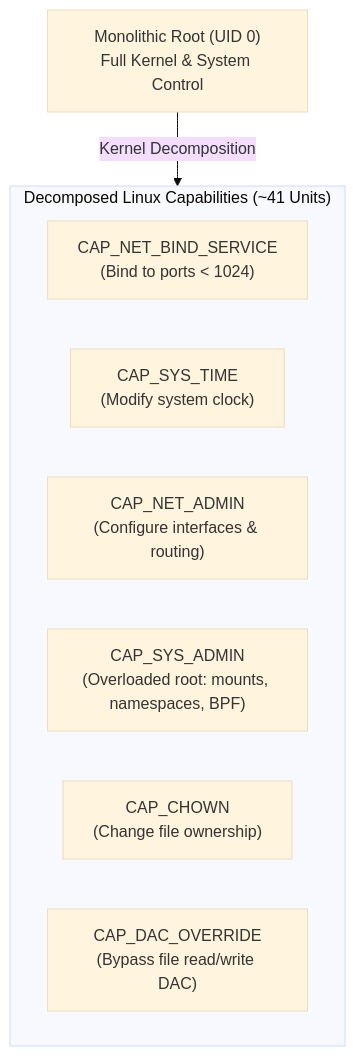
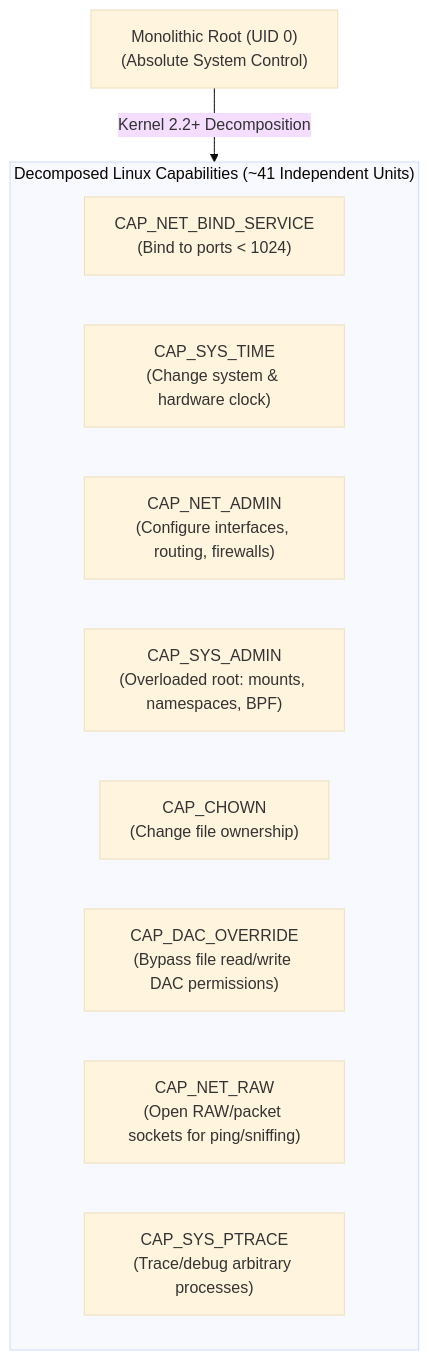
The fifth of 10 diagrams in Reference Notes/0-7-9_workload_kernel_isolation_seccomp_apparmor_and_capabilities.md (kmashour/BrainDump), drawn with Mermaid (base theme) before and after one commit. The commit also changed other lines of this file and 1 other file, not shown here.

````diff
--- a/Reference Notes/0-7-9_workload_kernel_isolation_seccomp_apparmor_and_capabilities.md
+++ b/Reference Notes/0-7-9_workload_kernel_isolation_seccomp_apparmor_and_capabilities.md
@@ -257,15 +285,17 @@
 ```mermaid
 flowchart TD
-    Root["Monolithic Root (UID 0)\nFull Kernel & System Control"]
+    MonolithicRoot["Monolithic Root (UID 0)\n(Absolute System Control)"]
     
-    subgraph DecomposedCapabilities ["Decomposed Linux Capabilities (~41 Units)"]
-        Cap1["CAP_NET_BIND_SERVICE\n(Bind to ports < 1024)"]
-        Cap2["CAP_SYS_TIME\n(Modify system clock)"]
-        Cap3["CAP_NET_ADMIN\n(Configure interfaces & routing)"]
-        Cap4["CAP_SYS_ADMIN\n(Overloaded root: mounts, namespaces, BPF)"]
-        Cap5["CAP_CHOWN\n(Change file ownership)"]
-        Cap6["CAP_DAC_OVERRIDE\n(Bypass file read/write DAC)"]
+    subgraph DecomposedCapabilities ["Decomposed Linux Capabilities (~41 Independent Units)"]
+        C1["CAP_NET_BIND_SERVICE\n(Bind to ports < 1024)"]
+        C2["CAP_SYS_TIME\n(Change system & hardware clock)"]
+        C3["CAP_NET_ADMIN\n(Configure interfaces, routing, firewalls)"]
+        C4["CAP_SYS_ADMIN\n(Overloaded root: mounts, namespaces, BPF)"]
+        C5["CAP_CHOWN\n(Change file ownership)"]
+        C6["CAP_DAC_OVERRIDE\n(Bypass file read/write DAC permissions)"]
+        C7["CAP_NET_RAW\n(Open RAW/packet sockets for ping/sniffing)"]
+        C8["CAP_SYS_PTRACE\n(Trace/debug arbitrary processes)"]
     end
 
-    Root -->|Kernel Decomposition| DecomposedCapabilities
+    MonolithicRoot -->|Kernel 2.2+ Decomposition| DecomposedCapabilities
 ```
````
